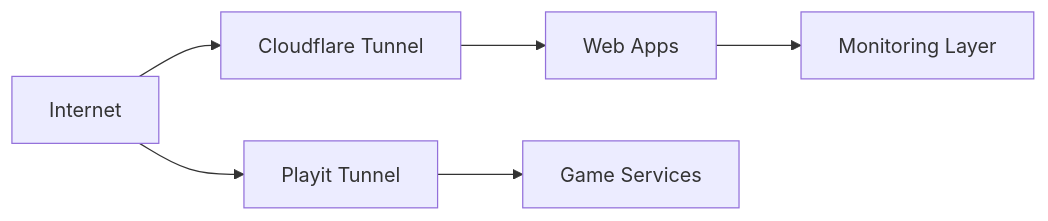
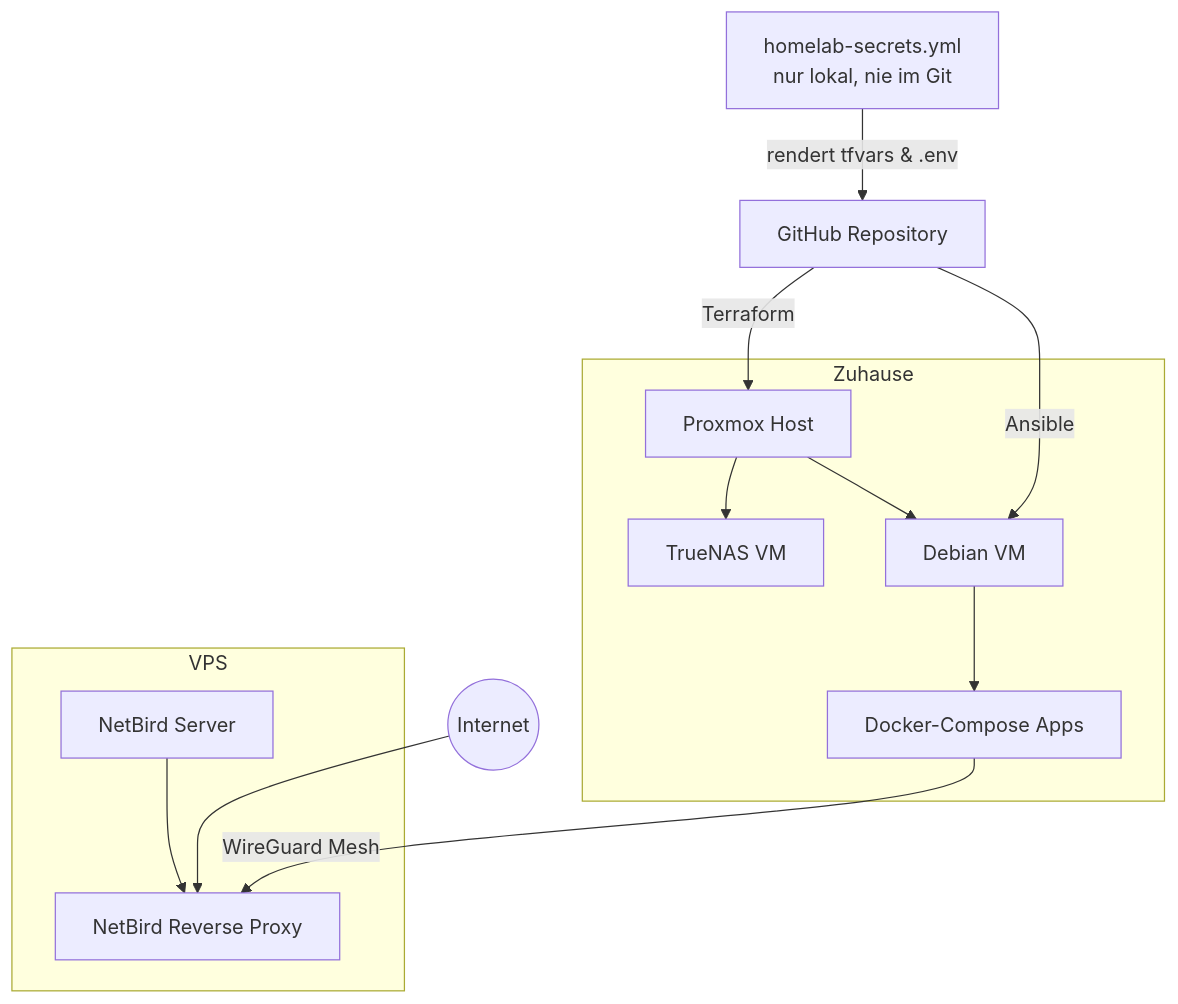
Before and after one commit to 001Marlon/homelab: the diagram in apps/mkdocs/docs/platform.md, drawn with Mermaid. The commit also changed other lines of this file and 11 other files, not shown here.

Commit message:
Move disaster recovery documentation to Mkdocs and restructure existing content, add reverse proxy

````diff
--- a/apps/mkdocs/docs/platform.md
+++ b/apps/mkdocs/docs/platform.md
@@ -22,8 +5,27 @@
 ```mermaid
-flowchart LR
-    Net[Internet] --> CF[Cloudflare Tunnel]
-    Net --> PT[Playit Tunnel]
-    CF --> Apps[Web Apps]
-    PT --> Game[Game Services]
-    Apps --> Mon[Monitoring Layer]
+flowchart TB
+    Repo[GitHub Repository]
+    Secrets[homelab-secrets.yml<br/>nur lokal, nie im Git]
+
+    subgraph Zuhause
+        Proxmox[Proxmox Host]
+        TrueNAS[TrueNAS VM]
+        Debian[Debian VM]
+        Apps[Docker-Compose Apps]
+        Proxmox --> TrueNAS
+        Proxmox --> Debian
+        Debian --> Apps
+    end
+
+    subgraph VPS
+        NBServer[NetBird Server]
+        NBProxy[NetBird Reverse Proxy]
+        NBServer --> NBProxy
+    end
+
+    Repo -->|Terraform| Proxmox
+    Repo -->|Ansible| Debian
+    Secrets -->|rendert tfvars & .env| Repo
+    Apps -->|WireGuard Mesh| NBProxy
+    Internet((Internet)) --> NBProxy
 ```
````
